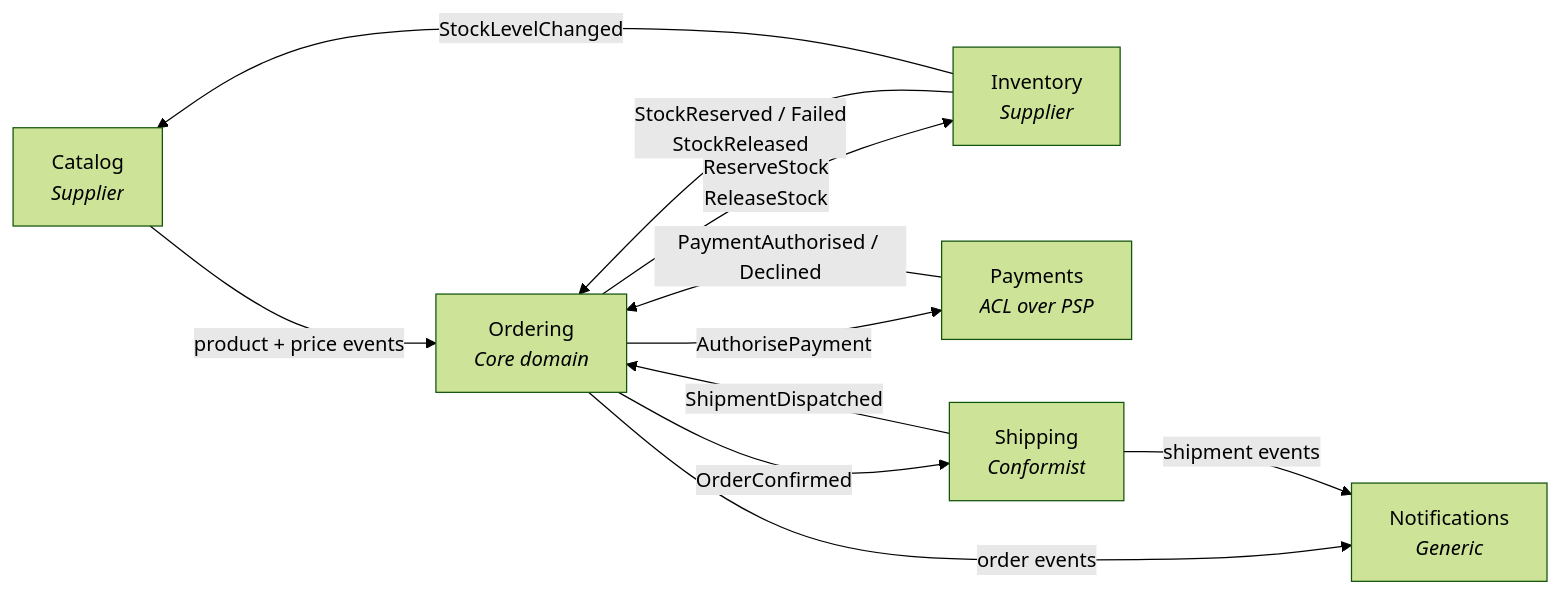
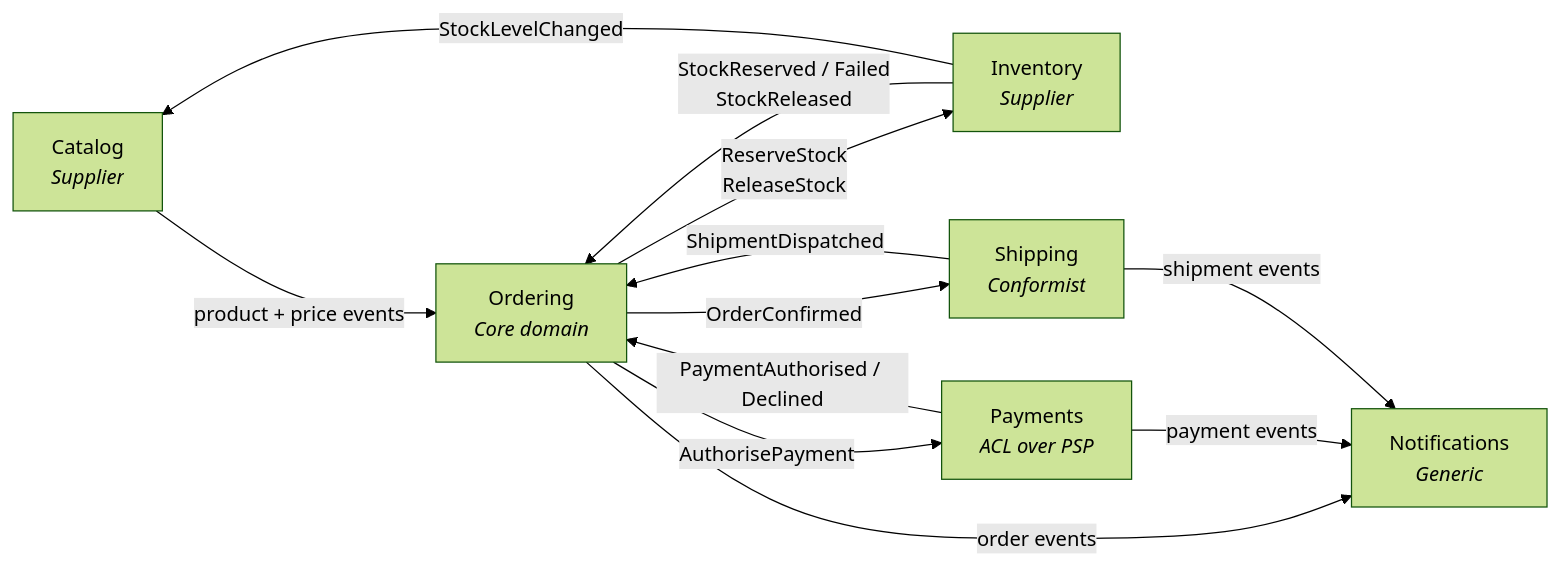
The diagram in docs/backend-architecture/03-bounded-contexts.md (alexander-shamray/dotnet-ddd-blueprint), drawn with Mermaid (forest theme) before and after one commit. The commit also changed 7 other files, not shown here.

````diff
--- a/docs/backend-architecture/03-bounded-contexts.md
+++ b/docs/backend-architecture/03-bounded-contexts.md
@@ -10,20 +10,21 @@
 ```mermaid
 graph LR
     CAT[Catalog<br/><i>Supplier</i>]
     ORD[Ordering<br/><i>Core domain</i>]
     INV[Inventory<br/><i>Supplier</i>]
     PAY[Payments<br/><i>ACL over PSP</i>]
     SHP[Shipping<br/><i>Conformist</i>]
     NOT[Notifications<br/><i>Generic</i>]
 
     CAT -->|product + price events| ORD
     ORD -->|ReserveStock<br/>ReleaseStock| INV
     INV -->|StockReserved / Failed<br/>StockReleased| ORD
     ORD -->|AuthorisePayment| PAY
     PAY -->|PaymentAuthorised / Declined| ORD
     ORD -->|OrderConfirmed| SHP
     SHP -->|ShipmentDispatched| ORD
     ORD -->|order events| NOT
+    PAY -->|payment events| NOT
     INV -->|StockLevelChanged| CAT
     SHP -->|shipment events| NOT
 ```
````
